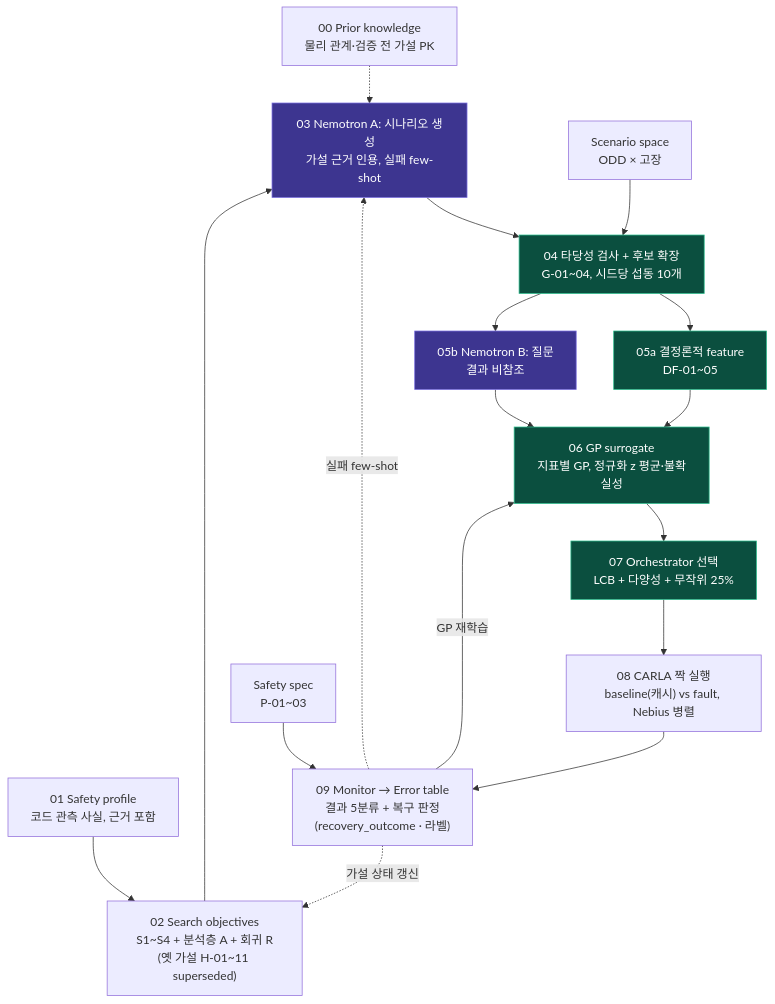
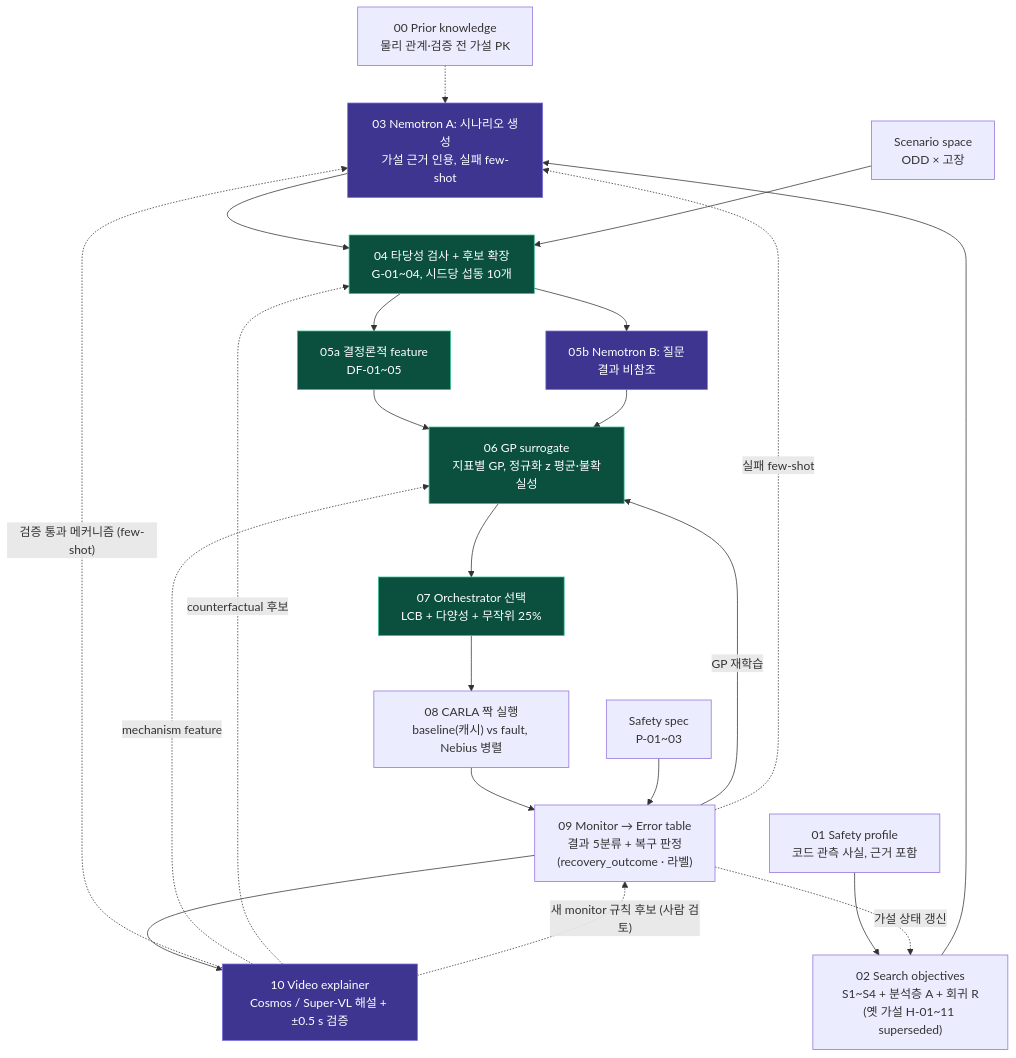
One commit to yoonju04/SIL_HACKATHON changed the diagram in pipeline/README.md. Above: the diagram before and after it, drawn with Mermaid. The commit also changed other lines of this file and 1 other file, not shown here.

Commit message:
Docs: README section 12 (mock/real commands, env vars, Windows notes, loop diagram with video explainer)

````diff
--- a/pipeline/README.md
+++ b/pipeline/README.md
@@ -5,25 +6,30 @@
 ```mermaid
 flowchart TD
     PK["00 Prior knowledge<br/>물리 관계·검증 전 가설 PK"] -.-> NA
     SP["01 Safety profile<br/>코드 관측 사실, 근거 포함"] --> HY
     HY["02 Search objectives<br/>S1~S4 + 분석층 A + 회귀 R<br/>(옛 가설 H-01~11 superseded)"] --> NA
     NA["03 Nemotron A: 시나리오 생성<br/>가설 근거 인용, 실패 few-shot"] --> FE
     SS["Scenario space<br/>ODD × 고장"] --> FE
     FE["04 타당성 검사 + 후보 확장<br/>G-01~04, 시드당 섭동 10개"] --> DF & NB
     DF["05a 결정론적 feature<br/>DF-01~05"] --> GP
     NB["05b Nemotron B: 질문<br/>결과 비참조"] --> GP
     GP["06 GP surrogate<br/>지표별 GP, 정규화 z 평균·불확실성"] --> OR
     OR["07 Orchestrator 선택<br/>LCB + 다양성 + 무작위 25%"] --> CR
     CR["08 CARLA 짝 실행<br/>baseline(캐시) vs fault, Nebius 병렬"] --> MO
     SPEC["Safety spec<br/>P-01~03"] --> MO
     MO["09 Monitor → Error table<br/>결과 5분류 + 복구 판정<br/>(recovery_outcome · 라벨)"]
+    MO --> VE["10 Video explainer<br/>Cosmos / Super-VL 해설 + ±0.5 s 검증"]
 
     MO -- "GP 재학습" --> GP
+    VE -. "검증 통과 메커니즘 (few-shot)" .-> NA
+    VE -. "mechanism feature" .-> GP
+    VE -. "counterfactual 후보" .-> FE
+    VE -. "새 monitor 규칙 후보 (사람 검토)" .-> MO
     MO -. "실패 few-shot" .-> NA
     MO -. "가설 상태 갱신" .-> HY
 
     classDef nemotron fill:#3d3590,stroke:#7b70e0,color:#fff
     classDef det fill:#0b4f3f,stroke:#2fbf8f,color:#fff
-    class NA,NB nemotron
+    class NA,NB,VE nemotron
     class FE,DF,GP,OR det
 ```
````
